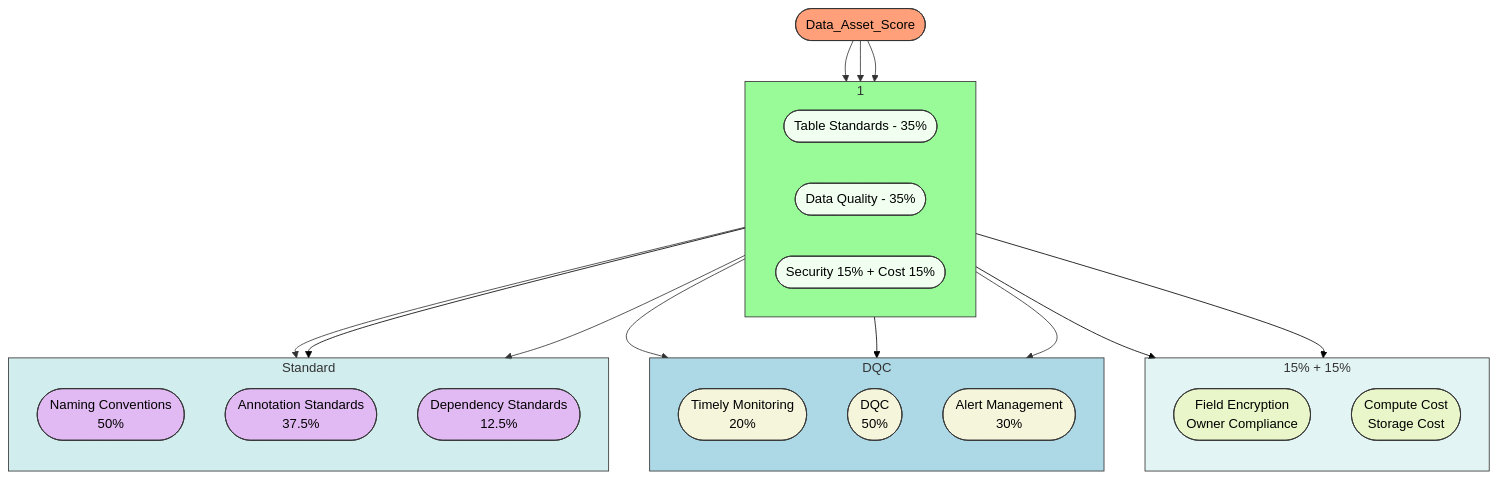
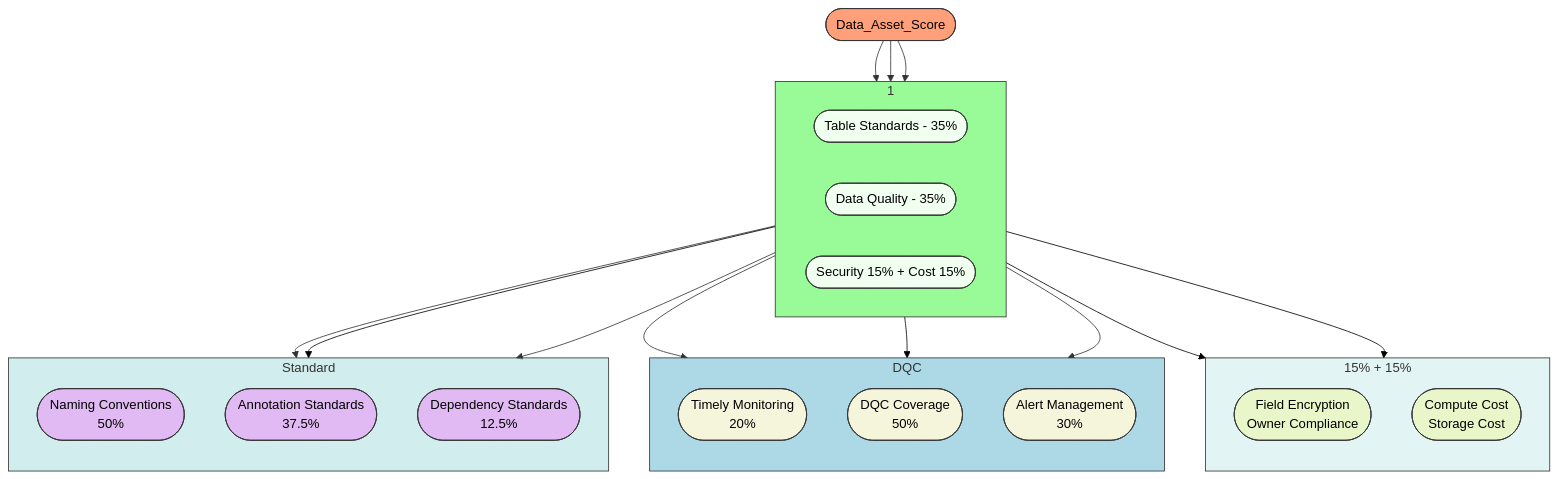
The first of 3 diagrams in README.md (blaire101/data-warehouse-solutions), drawn with Mermaid (forest theme) before and after one commit.

````diff
--- a/README.md
+++ b/README.md
@@ -19,62 +19,62 @@
 ```mermaid
 flowchart TD
  subgraph SG_DataAssetScore["1"]
     direction LR
         DAS_A(["Table Standards - 35%"])
         DAS_B(["Data Quality - 35%"])
         DAS_C(["Security 15% + Cost 15%"])
   end
 
 
  subgraph DAS_SECO["15% + 15%"]
     direction TB
         SECO_A(["Field Encryption <br>Owner Compliance"])
         SECO_B(["Compute Cost <br>Storage Cost"])
  end
 
  subgraph DAS_DataQuality["DQC"]
     direction TB
         DQ_A(["Timely Monitoring <br> 20%"])
-        DQ_B(["DQC <br> 50%"])
+        DQ_B(["DQC Coverage <br> 50%"])
         DQ_C(["Alert Management <br> 30%"])
  end
 
 
  subgraph DAS_Standard["Standard"]
     direction TB
         ST_A(["Naming Conventions <br> 50%"])
         ST_B(["Annotation Standards <br> 37.5%"])
         ST_C(["Dependency Standards <br> 12.5%"])
  end
 
 
     DAS(["Data_Asset_Score"]) --> DAS_A & DAS_B & DAS_C
     DAS_A --> ST_A & ST_B & ST_C
     DAS_B --> DQ_A & DQ_B & DQ_C
     DAS_C --> SECO_A & SECO_B
 
     style ST_A fill:#F0FFF0,stroke:#333,stroke-width:2px %% Keep very pale green
     style DAS_A fill:#F0FFF0,stroke:#333,stroke-width:2px %% Keep very pale green
     style DAS_B fill:#F0FFF0,stroke:#333,stroke-width:2px %% Keep very pale green
     style DAS_C fill:#F0FFF0,stroke:#333,stroke-width:2px %% Keep very pale green
     style DQ_A fill:#F5F5DC,stroke:#333,stroke-width:2px %% Keep beige
     style DQ_B fill:#F5F5DC,stroke:#333,stroke-width:2px %% Keep beige
     style DQ_C fill:#F5F5DC,stroke:#333,stroke-width:2px %% Keep beige
     style ST_A fill:#F5F5,stroke:#333,stroke-width:1px %% Keep beige
     style ST_B fill:#F5F5,stroke:#333,stroke-width:1px %% Keep beige
     style ST_C fill:#F5F5,stroke:#333,stroke-width:1px %% Keep beige
     style SECO_A fill:#FF23,stroke:#333,stroke-width:2px %% Keep beige
     style SECO_B fill:#FF23,stroke:#333,stroke-width:2px %% Keep beige
     style DAS fill:#FFA07A,stroke:#333,stroke-width:2px %% Adjusted to comfortable orange-yellow
     style SG_DataAssetScore fill:#98FB98,stroke:#333,stroke-width:2px %% Changed to light green
     style DAS_Standard fill:#ADD8,stroke:#333,stroke-width:2px %% Changed to light blue
     style DAS_DataQuality fill:#ADD8E6,stroke:#333,stroke-width:2px %% Changed to light blue
     style DAS_SECO fill:#ADD5,stroke:#333,stroke-width:1px %% Changed to light blue
     linkStyle 0 stroke:#333,stroke-width:1px,fill:none
     linkStyle 1 stroke:#333,stroke-width:1px,fill:none
     linkStyle 2 stroke:#333,stroke-width:1px,fill:none
     linkStyle 3 stroke:#333,stroke-width:1px,color:#000,fill:none
     linkStyle 5 stroke:#333,stroke-width:1px,fill:none
     linkStyle 6 stroke:#333,stroke-width:1px,fill:none
     linkStyle 8 stroke:#333,stroke-width:1px,fill:none 
 ```
````
